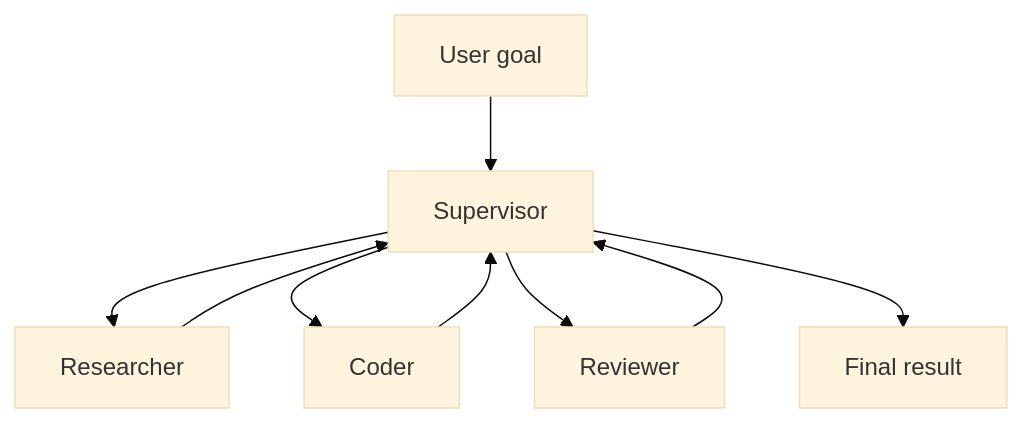
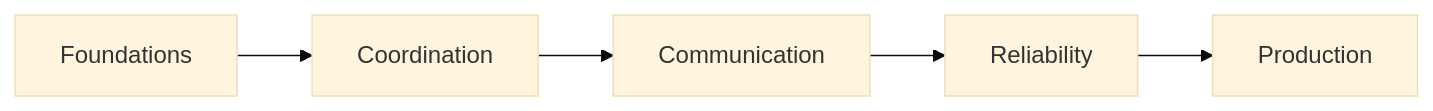
The diagram in domains/multi-agent-systems/README.md (abdulsamad183/ai-engineering-playbook), drawn with Mermaid (base theme) before and after one commit. The commit also changed other lines of this file and 541 other files, not shown here.

````diff
--- a/domains/multi-agent-systems/README.md
+++ b/domains/multi-agent-systems/README.md
@@ -18,11 +22,4 @@
 ```mermaid
-flowchart TB
-  User[User goal] --> Sup[Supervisor]
-  Sup --> A1[Researcher]
-  Sup --> A2[Coder]
-  Sup --> A3[Reviewer]
-  A1 --> Sup
-  A2 --> Sup
-  A3 --> Sup
-  Sup --> Out[Final result]
+flowchart LR
+  S1[Foundations] --> S2[Coordination] --> S3[Communication] --> S4[Reliability] --> S5[Production]
 ```
````
